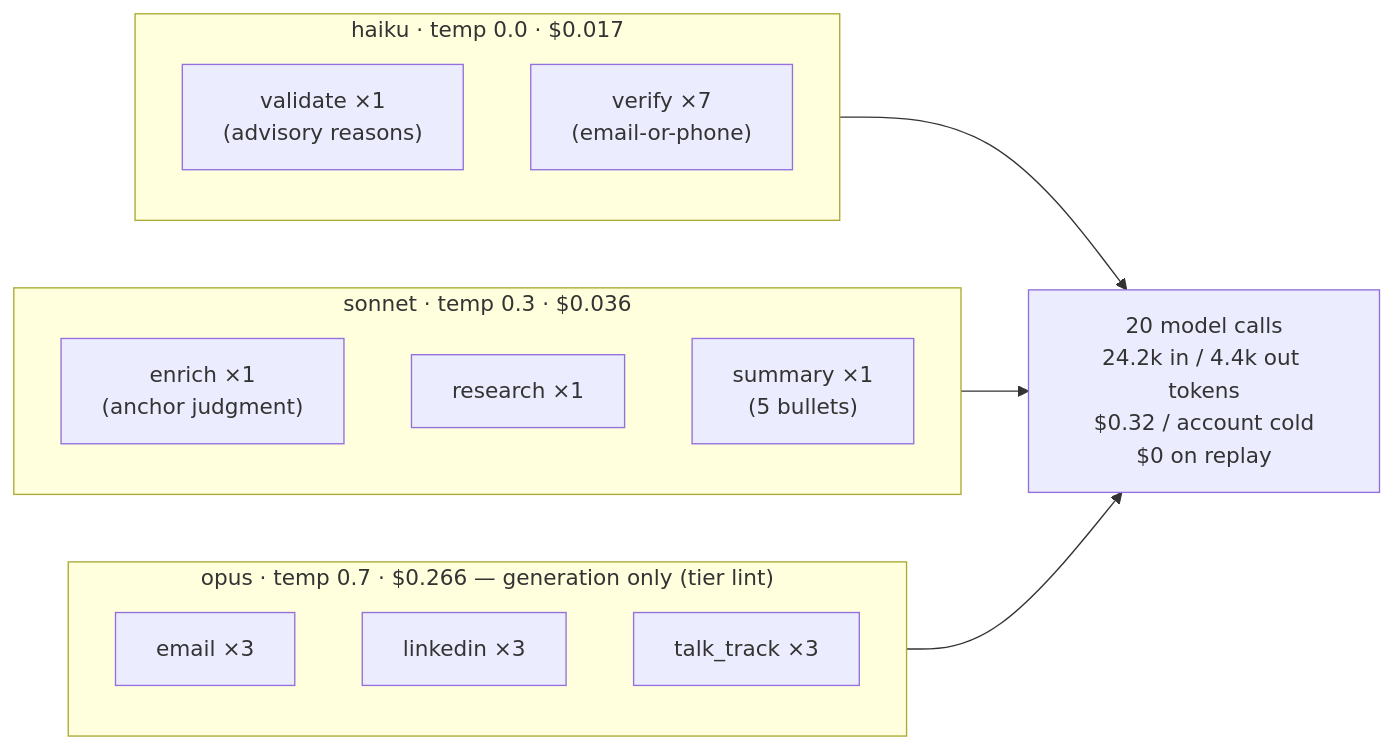
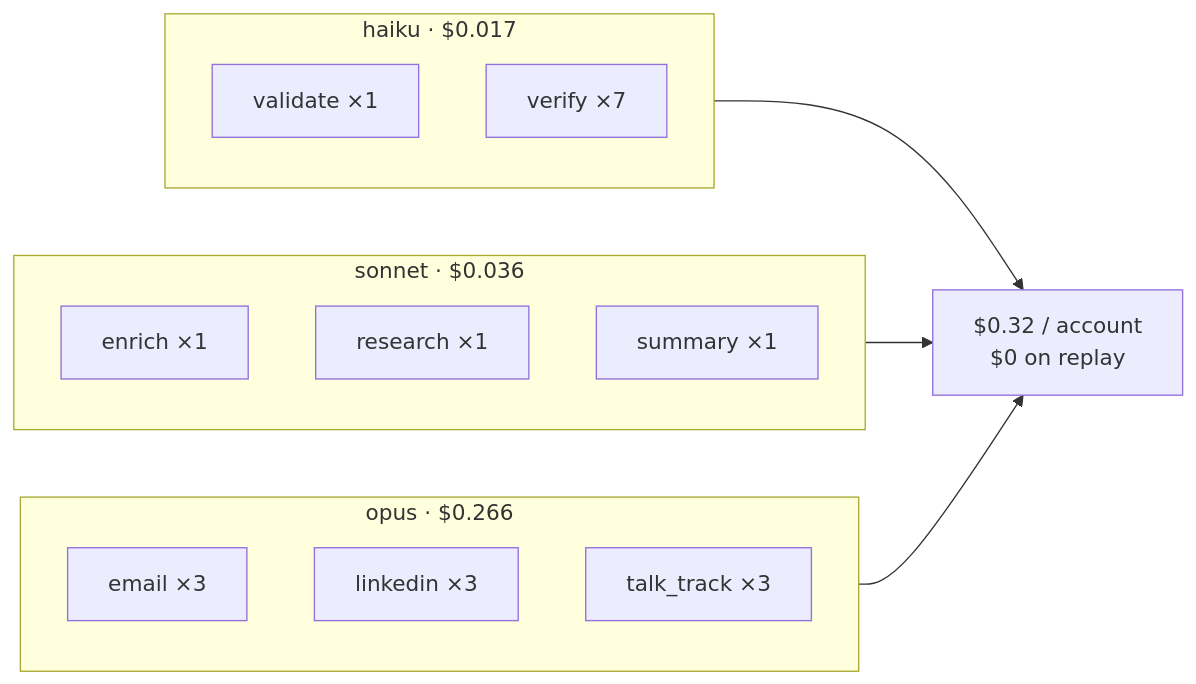
Before and after one commit to eddie5086/ejs-sales-agents-poc2: the seventh of 7 diagrams in docs/DIAGRAMS.md, drawn with Mermaid. The commit also changed other lines of this file and 2 other files, not shown here.

First line of the commit message:
Fix diagram legibility: render 1:1, terse labels, breakout figures

````diff
--- a/docs/DIAGRAMS.md
+++ b/docs/DIAGRAMS.md
@@ -194,20 +176,20 @@
 ```mermaid
 flowchart LR
-    subgraph haiku ["haiku · temp 0.0 · $0.017"]
-        H1["validate ×1\n(advisory reasons)"]
-        H2["verify ×7\n(email-or-phone)"]
+    subgraph H ["haiku · $0.017"]
+        H1["validate ×1"]
+        H2["verify ×7"]
     end
-    subgraph sonnet ["sonnet · temp 0.3 · $0.036"]
-        S1["enrich ×1\n(anchor judgment)"]
+    subgraph S ["sonnet · $0.036"]
+        S1["enrich ×1"]
         S2["research ×1"]
-        S3["summary ×1\n(5 bullets)"]
+        S3["summary ×1"]
     end
-    subgraph opus ["opus · temp 0.7 · $0.266 — generation only (tier lint)"]
+    subgraph O ["opus · $0.266"]
         O1["email ×3"]
         O2["linkedin ×3"]
         O3["talk_track ×3"]
     end
-    haiku --> TOTAL["20 model calls\n24.2k in / 4.4k out tokens\n$0.32 / account cold\n$0 on replay"]
-    sonnet --> TOTAL
-    opus --> TOTAL
+    H --> T["$0.32 / account\n$0 on replay"]
+    S --> T
+    O --> T
 ```
````
